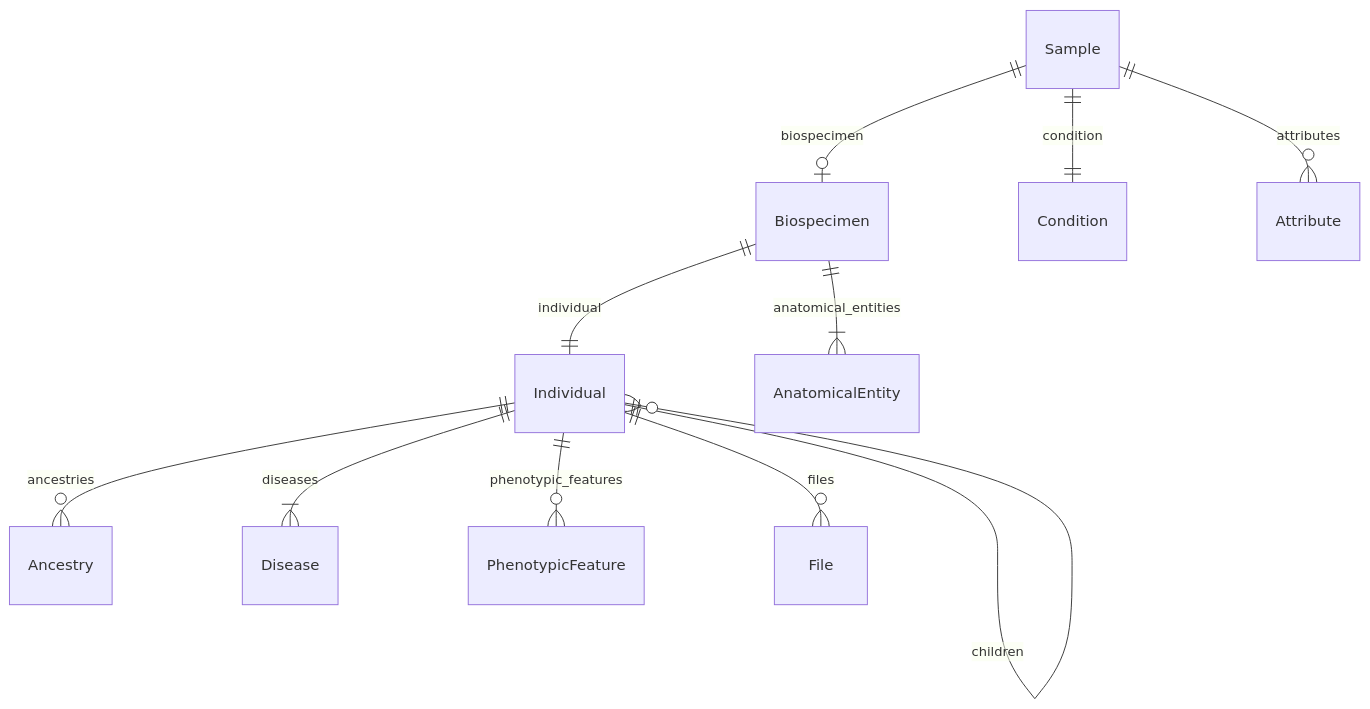
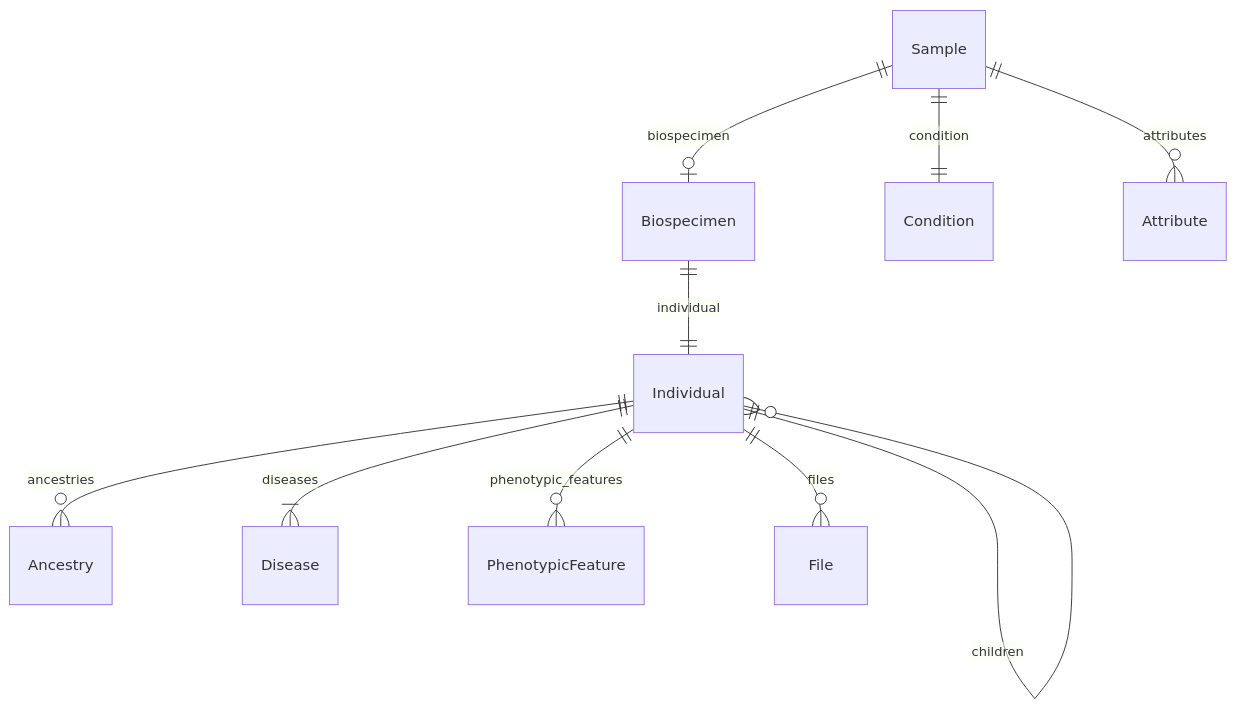
Before and after one commit to ghga-de/ghga-metadata-schema: the second of 7 diagrams in docs/entity_relations.md, drawn with Mermaid. The commit also changed other lines of this file and 9 other files, not shown here.

````diff
--- a/docs/entity_relations.md
+++ b/docs/entity_relations.md
@@ -176,25 +172,24 @@
 ```mermaid
 erDiagram
 Individual {
 
 }
 Biospecimen {
 
 }
 Sample {
 
 }
 
 Individual ||--}o Ancestry : "ancestries"
 Individual ||--}o Individual : "parents"
 Individual ||--}o Individual : "children"
 Individual ||--}| Disease : "diseases"
 Individual ||--}o PhenotypicFeature : "phenotypic_features"
 Individual ||--}o File : "files"
 Biospecimen ||--|| Individual : "individual"
-Biospecimen ||--}| AnatomicalEntity : "anatomical_entities"
 Sample ||--|o Biospecimen : "biospecimen"
 Sample ||--|| Condition : "condition"
 Sample ||--}o Attribute : "attributes"
 
 ```
````
